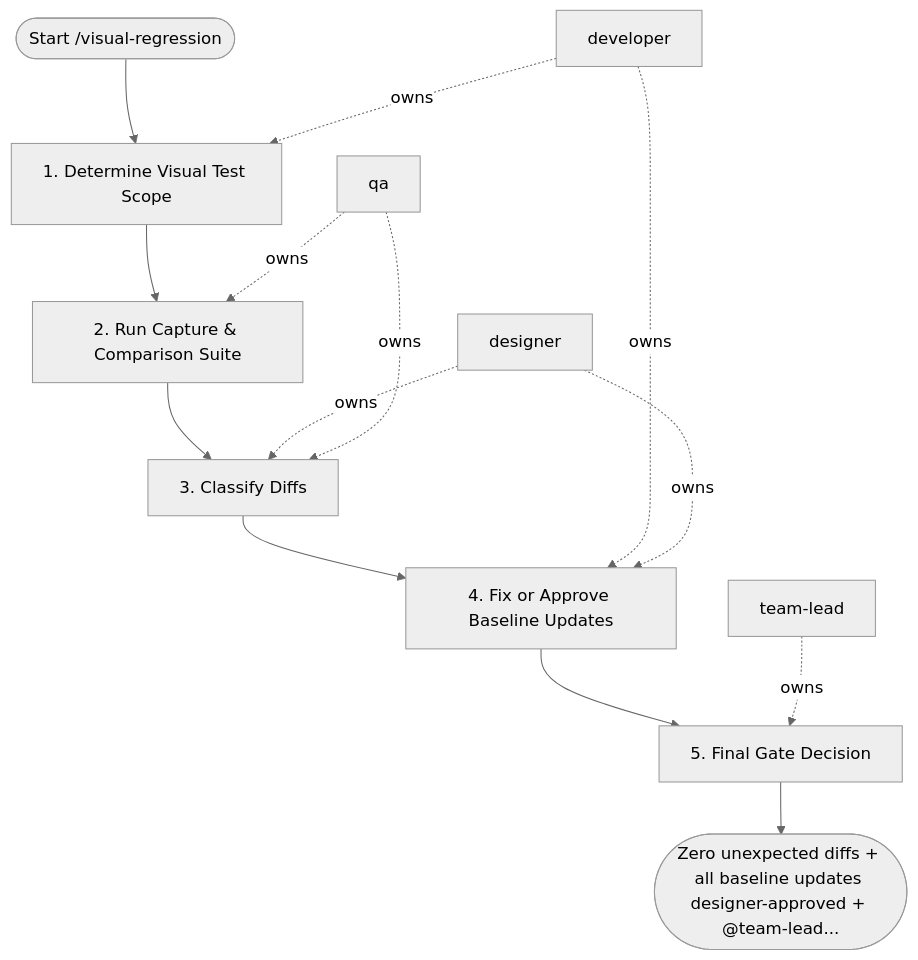
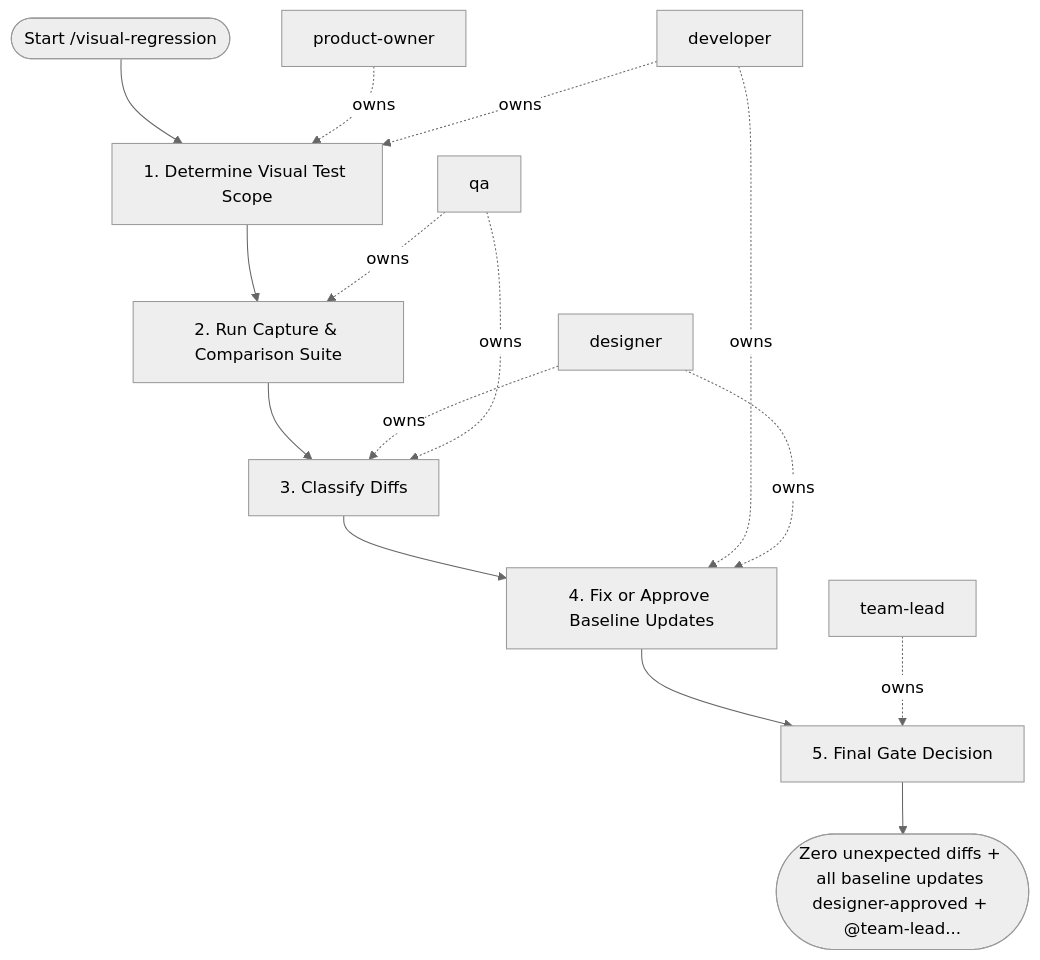
The diagram in areas/software/frontend/workflows/visual-regression.md (sawrus/agent-guides), drawn with Mermaid (neutral theme) before and after one commit. The commit also changed other lines of this file and 76 other files, not shown here.

Commit message:
Standardize workflow product owner initiation

````diff
--- a/areas/software/frontend/workflows/visual-regression.md
+++ b/areas/software/frontend/workflows/visual-regression.md
@@ -67,27 +67,29 @@
 ```mermaid
 flowchart TD
   start(["Start /visual-regression"])
-  role_1["developer"]
-  role_2["qa"]
-  role_3["designer"]
-  role_4["team-lead"]
+  role_1["product-owner"]
+  role_2["developer"]
+  role_3["qa"]
+  role_4["designer"]
+  role_5["team-lead"]
   step_1["1. Determine Visual Test Scope"]
   step_2["2. Run Capture & Comparison Suite"]
   step_3["3. Classify Diffs"]
   step_4["4. Fix or Approve Baseline Updates"]
   step_5["5. Final Gate Decision"]
   exit(["Zero unexpected diffs + all baseline updates designer-approved + @team-lead..."])
   start --> step_1
   step_1 --> step_2
   step_2 --> step_3
   step_3 --> step_4
   step_4 --> step_5
   step_5 --> exit
   role_1 -. owns .-> step_1
-  role_2 -. owns .-> step_2
+  role_2 -. owns .-> step_1
+  role_3 -. owns .-> step_2
+  role_4 -. owns .-> step_3
   role_3 -. owns .-> step_3
-  role_2 -. owns .-> step_3
-  role_1 -. owns .-> step_4
-  role_3 -. owns .-> step_4
-  role_4 -. owns .-> step_5
+  role_2 -. owns .-> step_4
+  role_4 -. owns .-> step_4
+  role_5 -. owns .-> step_5
 ```
````
